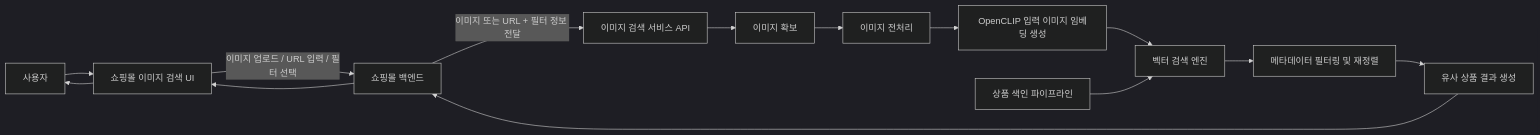
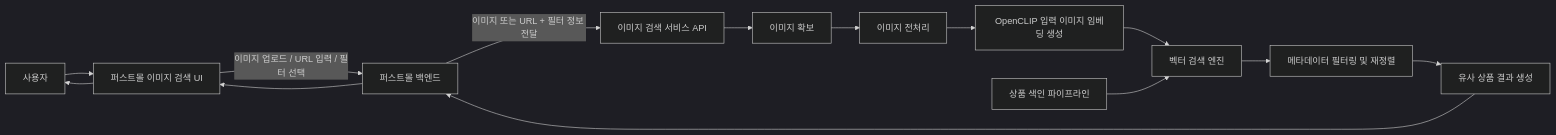
Before and after one commit to cincin00/playground-CLIP: the first of 7 diagrams in README.md, drawn with Mermaid (dark theme). The commit also changed other lines of this file, not shown here.

````diff
--- a/README.md
+++ b/README.md
@@ -72,21 +81,21 @@
 ```mermaid
 flowchart LR
-    U[사용자] --> UI[쇼핑몰 이미지 검색 UI]
+    U[사용자] --> UI[퍼스트몰 이미지 검색 UI]
 
-    UI -->|이미지 업로드 / URL 입력 / 필터 선택| ABE[쇼핑몰 백엔드]
+    UI -->|이미지 업로드 / URL 입력 / 필터 선택| ABE[퍼스트몰 백엔드]
     ABE -->|이미지 또는 URL + 필터 정보 전달| BAPI[이미지 검색 서비스 API]
 
     BAPI --> IMG[이미지 확보]
     IMG --> PRE[이미지 전처리]
     PRE --> QEMB[OpenCLIP 입력 이미지 임베딩 생성]
 
     QEMB --> VSEARCH[벡터 검색 엔진]
     VSEARCH --> RERANK[메타데이터 필터링 및 재정렬]
     RERANK --> RES[유사 상품 결과 생성]
 
     RES --> ABE
     ABE --> UI
     UI --> U
 
     IDX[상품 색인 파이프라인] --> VSEARCH
 ```
````
